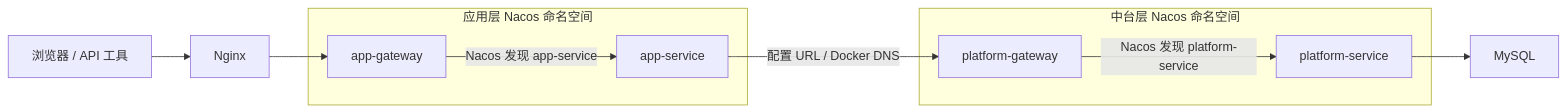
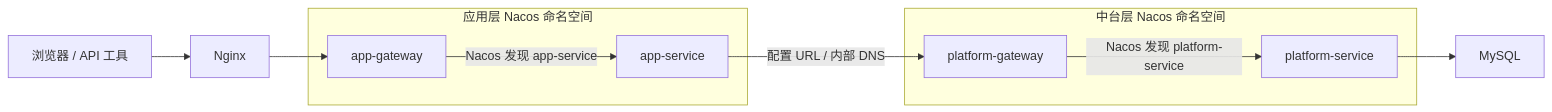
The diagram in README.md (zst-01/NovaCloud), drawn with Mermaid before and after one commit. The commit also changed other lines of this file and 29 other files, not shown here.

````diff
--- a/README.md
+++ b/README.md
@@ -7,13 +19,13 @@
 ```mermaid
 flowchart LR
     Browser[浏览器 / API 工具] --> Nginx
     subgraph application[应用层 Nacos 命名空间]
       AG[app-gateway] -->|Nacos 发现 app-service| AS[app-service]
     end
     subgraph platform[中台层 Nacos 命名空间]
       PG[platform-gateway] -->|Nacos 发现 platform-service| PS[platform-service]
     end
     Nginx --> AG
-    AS -->|配置 URL / Docker DNS| PG
+    AS -->|配置 URL / 内部 DNS| PG
     PS --> MySQL
 ```
````
